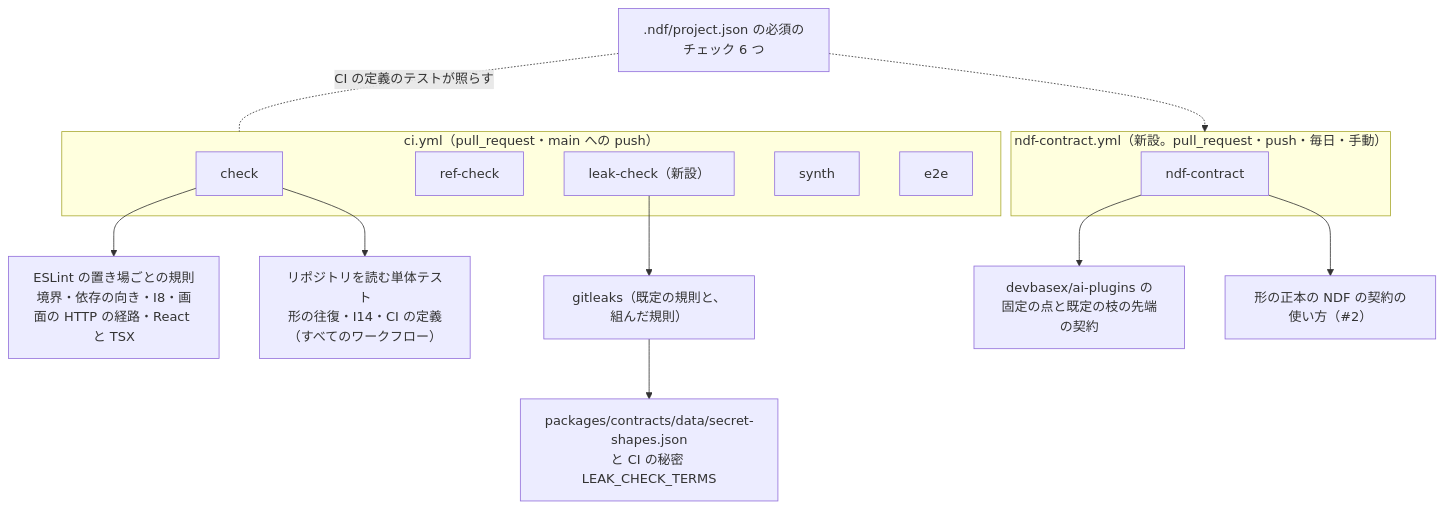
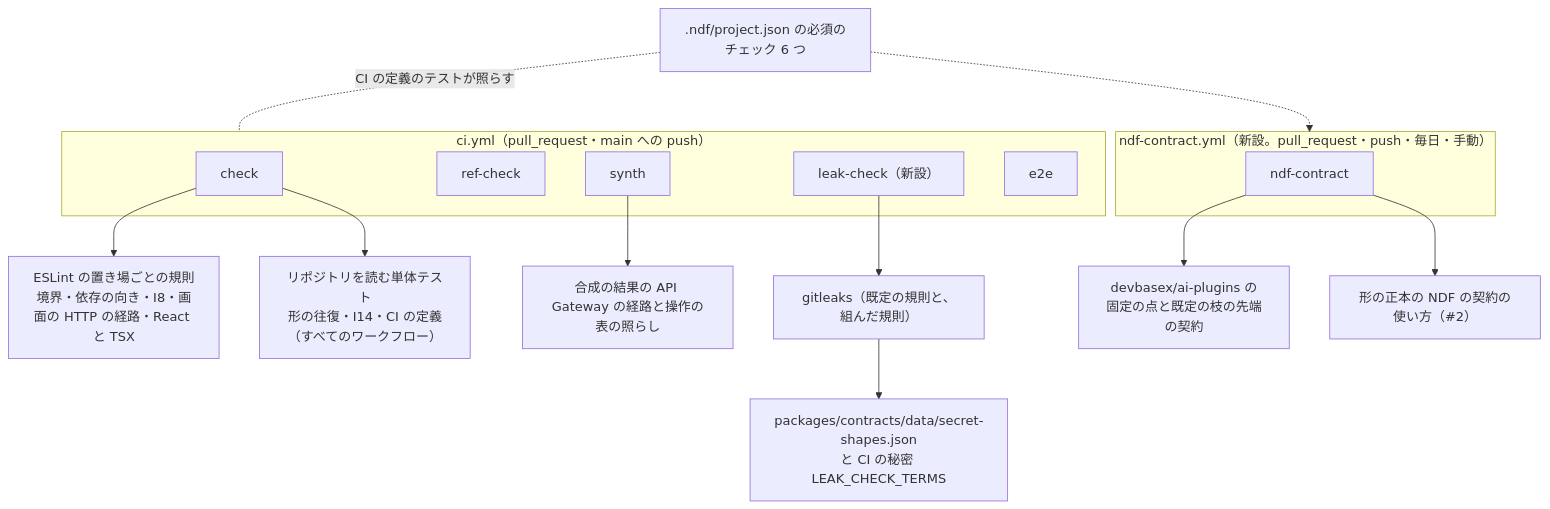
Before and after one commit to devbasex/nd-factory: the second of 2 diagrams in issues/issue-1-design.md, drawn with Mermaid. The commit also changed other lines of this file and 1 other file, not shown here.

````diff
--- a/issues/issue-1-design.md
+++ b/issues/issue-1-design.md
@@ -46,21 +46,22 @@
 ```mermaid
 flowchart TB
     subgraph ci["ci.yml（pull_request・main への push）"]
         check["check"]
         ref["ref-check"]
         leak["leak-check（新設）"]
         synth["synth"]
         e2e["e2e"]
     end
     subgraph nc["ndf-contract.yml（新設。pull_request・push・毎日・手動）"]
         ndfc["ndf-contract"]
     end
     check --> lint["ESLint の置き場ごとの規則<br/>境界・依存の向き・I8・画面の HTTP の経路・React と TSX"]
     check --> unit["リポジトリを読む単体テスト<br/>形の往復・I14・CI の定義（すべてのワークフロー）"]
+    synth --> routes["合成の結果の API Gateway の経路と操作の表の照らし"]
     leak --> gl["gitleaks（既定の規則と、組んだ規則）"]
     gl --> shapes["packages/contracts/data/secret-shapes.json<br/>と CI の秘密 LEAK_CHECK_TERMS"]
     ndfc --> up["devbasex/ai-plugins の<br/>固定の点と既定の枝の先端の契約"]
     ndfc --> use["形の正本の NDF の契約の使い方（#2）"]
     decl[".ndf/project.json の必須のチェック 6 つ"] -.CI の定義のテストが照らす.- ci
     decl -.-> nc
 ```
````
